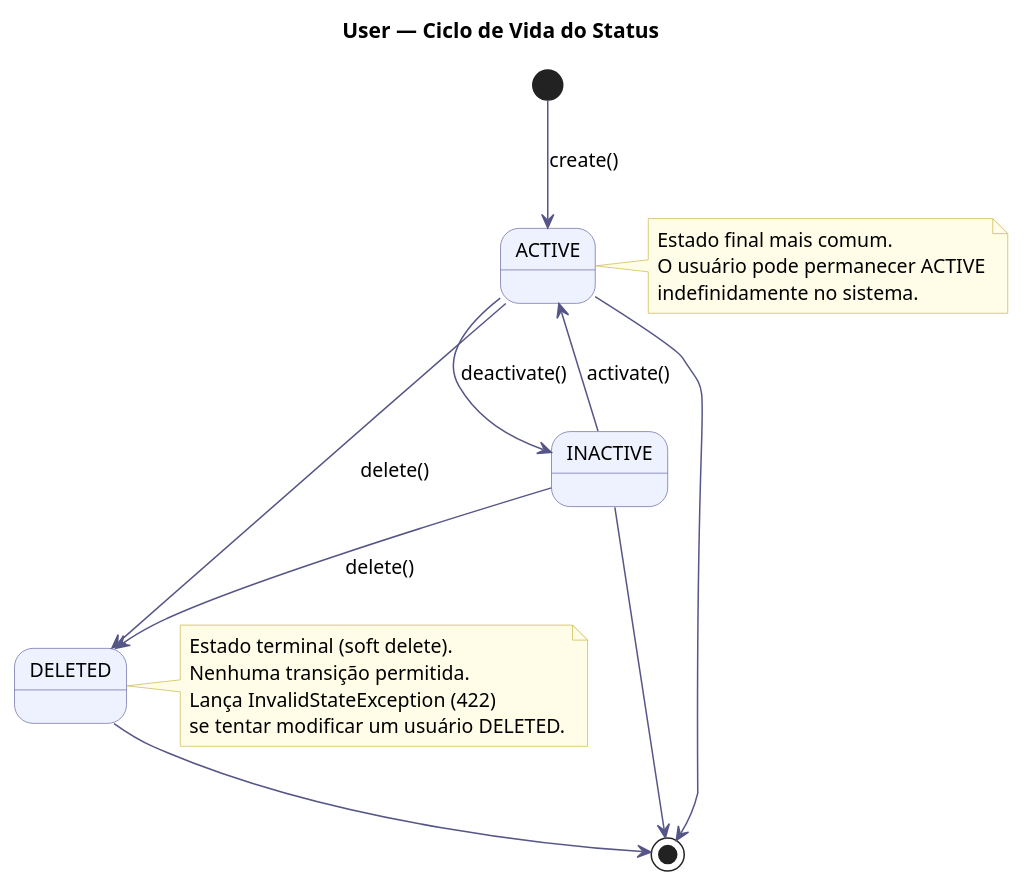
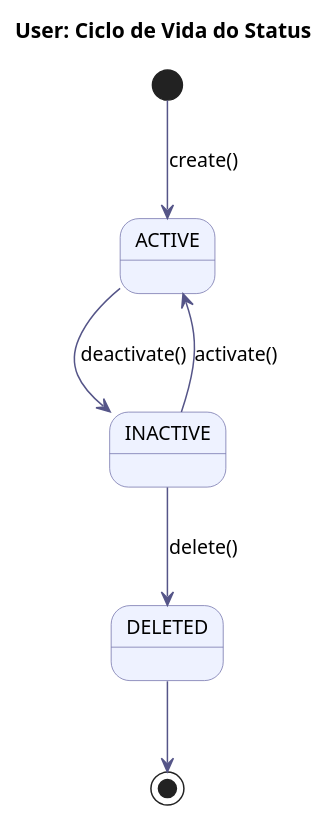
Before and after one commit to Neoguara/rooms-diagrams: the diagram in src/plantuml/estado/user_status.puml, drawn with PlantUML. The commit also changed 7 other files, not shown here.

Commit message:
update diagrams

```diff
--- a/src/plantuml/estado/user_status.puml
+++ b/src/plantuml/estado/user_status.puml
@@ -1,39 +1,22 @@
 @startuml user_status
 
-title User — Ciclo de Vida do Status
+title User: Ciclo de Vida do Status
 
 skinparam state {
   BackgroundColor #EEF2FF
   BorderColor #7070AA
   ArrowColor #555588
   FontSize 13
 }
 skinparam noteBackgroundColor #FFFDE7
 skinparam noteBorderColor #CCBB55
 
 [*] --> ACTIVE : create()
 
-ACTIVE --> INACTIVE : deactivate()
-ACTIVE --> DELETED  : delete()
-ACTIVE --> [*]
-
-INACTIVE --> ACTIVE  : activate()
-INACTIVE --> DELETED : delete()
-INACTIVE --> [*]
+ACTIVE   --> INACTIVE : deactivate()
+INACTIVE --> ACTIVE   : activate()
+INACTIVE --> DELETED  : delete()
 
 DELETED --> [*]
 
-note right of ACTIVE
-  Estado final mais comum.
-  O usuário pode permanecer ACTIVE
-  indefinidamente no sistema.
-end note
-
-note right of DELETED
-  Estado terminal (soft delete).
-  Nenhuma transição permitida.
-  Lança InvalidStateException (422)
-  se tentar modificar um usuário DELETED.
-end note
-
 @enduml
```
